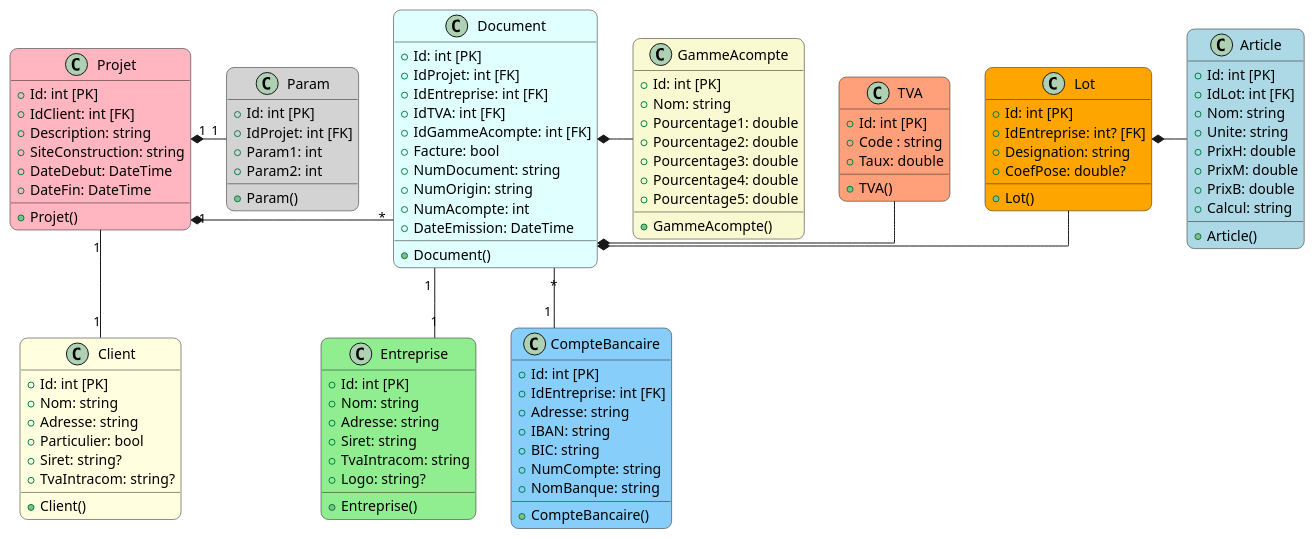
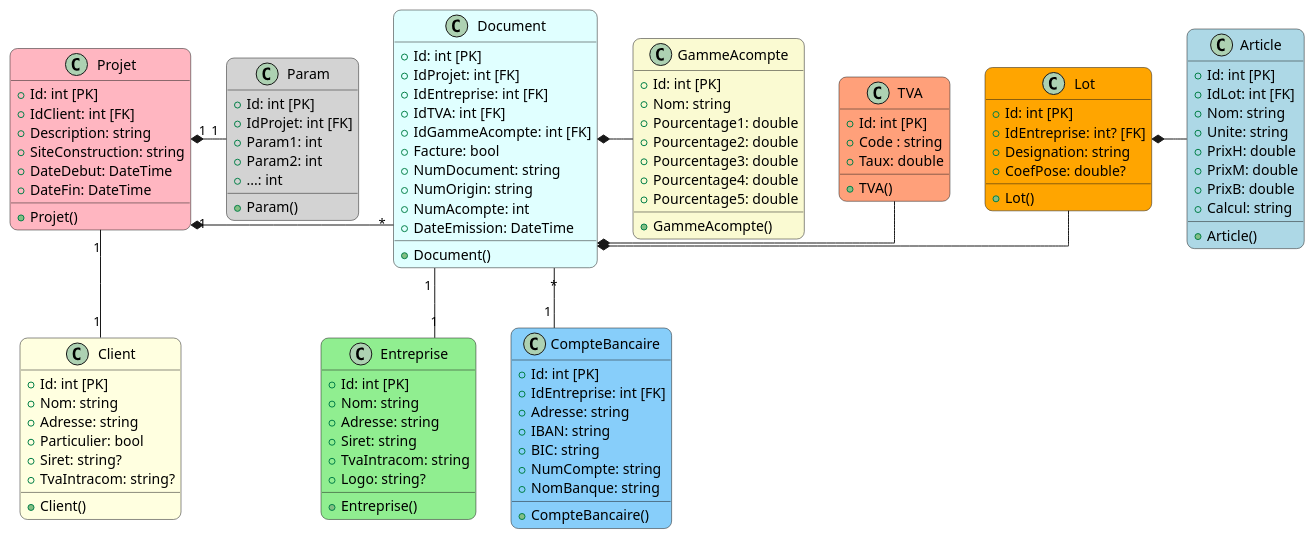
One commit to gmobetie/P2i_BHBq changed the diagram in BHBq/BHBq.puml. Above: the diagram before and after it, drawn with PlantUML. The commit also changed 9 other files, not shown here.

```diff
--- a/BHBq/BHBq.puml
+++ b/BHBq/BHBq.puml
@@ -1,140 +1,141 @@
 @startuml BHBq_Diagram
 
 skinparam defaultFontName Arial
 skinparam linetype ortho
 skinparam linewidth 2
 skinparam roundcorner 15
 
 ' Classe représentant un article qui apparaitra comme une ligne sur le devis
 class Article #lightblue {
   + Id: int [PK]
   + IdLot: int [FK]
   + Nom: string
   + Unite: string
   + PrixH: double
   + PrixM: double
   + PrixB: double
   + Calcul: string
 
   + Article()
 }
 
 ' Classe représentant un client du Groupe BHB
 class Client #lightyellow {
   + Id: int [PK]
   + Nom: string
   + Adresse: string
   + Particulier: bool
   + Siret: string?
   + TvaIntracom: string?
 
   + Client()
 }
 
 ' Classe représentant une entreprise du groupe BHB
 class Entreprise #lightgreen {
   + Id: int [PK]
   + Nom: string
   + Adresse: string
   + Siret: string
   + TvaIntracom: string
   + Logo: string?
 
   + Entreprise()
 }
 
 ' Classe représentant un lot (ensemble d'articles)
 class Lot #orange {
 
   + Id: int [PK]
   + IdEntreprise: int? [FK]
   + Designation: string
   + CoefPose: double?
 
   + Lot()
 }
 
 ' Classe représentant un projet, qui regroupe les informations relatives à un projet
 class Projet #lightpink {
   + Id: int [PK]
   + IdClient: int [FK]
   + Description: string
   + SiteConstruction: string
   + DateDebut: DateTime
   + DateFin: DateTime
 
   + Projet()
 }
 
 ' Classe représentant l'ensemble des paramètres modélisation une ou plusieurs constructions
 class Param #lightgrey {
   + Id: int [PK]
   + IdProjet: int [FK]
   + Param1: int
   + Param2: int
+  + ...: int
 
   + Param()
 }
 
 ' Classe représentant un document type Facture, Devis, Acompte, Avenant, etc.
 class Document #lightcyan {
 
   + Id: int [PK]
   + IdProjet: int [FK]
   + IdEntreprise: int [FK]
   + IdTVA: int [FK]
   + IdGammeAcompte: int [FK]
   + Facture: bool
   + NumDocument: string
   + NumOrigin: string
   + NumAcompte: int
   + DateEmission: DateTime
 
 
   + Document()
 }
 
 class TVA #LightSalmon {
   + Id: int [PK]
   + Code : string
   + Taux: double
 
   + TVA()
 }
 
 class GammeAcompte #LightGoldenRodYellow {
   + Id: int [PK]
   + Nom: string
   + Pourcentage1: double
   + Pourcentage2: double
   + Pourcentage3: double
   + Pourcentage4: double
   + Pourcentage5: double
 
   + GammeAcompte()
 }
 
 class CompteBancaire #LightSkyBlue {
   + Id: int [PK]
   + IdEntreprise: int [FK]
   + Adresse: string
   + IBAN: string
   + BIC: string
   + NumCompte: string
   + NomBanque: string
 
   + CompteBancaire()
 }
 
 ' Relations entre les classes
 Projet "1" -- "1" Client
 Projet "1" *- "*" Document
 Projet "1" *- "1" Param
 Document *- Lot
 Lot *- Article
 Document "1" -- "1" Entreprise
 Document *- TVA
 Document *- GammeAcompte
 Document "*" -- "1" CompteBancaire
 
 @enduml
```
